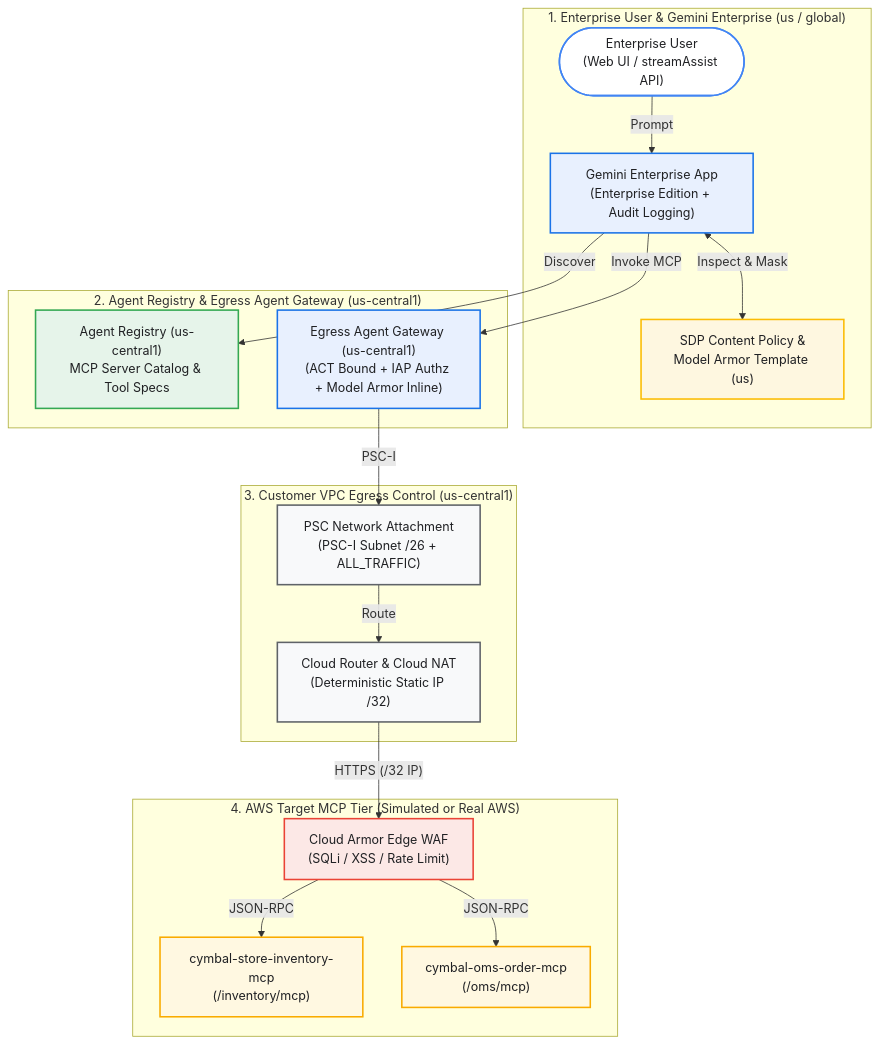
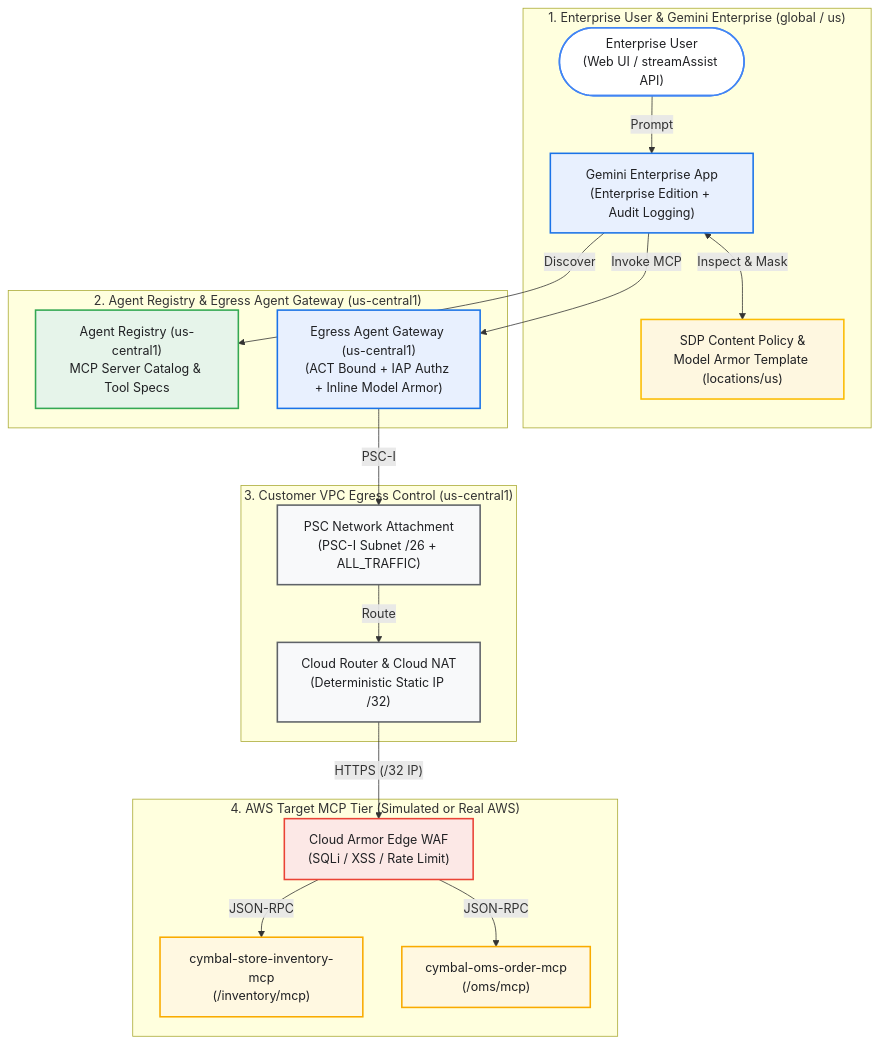
Before and after one commit to rhkim77/ge-agent-gateway-mcp: the diagram in docs/QWIKLABS_HANDS_ON_LAB_GUIDE_KR.md, drawn with Mermaid. The commit also changed other lines of this file and 2 other files, not shown here.

````diff
--- a/docs/QWIKLABS_HANDS_ON_LAB_GUIDE_KR.md
+++ b/docs/QWIKLABS_HANDS_ON_LAB_GUIDE_KR.md
@@ -20,45 +25,45 @@
 ```mermaid
 flowchart TD
-    subgraph UserLayer["1. Enterprise User & Gemini Enterprise (us / global)"]
+    subgraph UserLayer["1. Enterprise User & Gemini Enterprise (global / us)"]
         User(["Enterprise User<br/>(Web UI / streamAssist API)"])
         GE["Gemini Enterprise App<br/>(Enterprise Edition + Audit Logging)"]
-        SDP["SDP Content Policy &<br/>Model Armor Template (us)"]
+        SDP["SDP Content Policy &<br/>Model Armor Template (locations/us)"]
     end
 
     subgraph GovernanceLayer["2. Agent Registry & Egress Agent Gateway (us-central1)"]
         AR["Agent Registry (us-central1)<br/>MCP Server Catalog & Tool Specs"]
-        AGW["Egress Agent Gateway (us-central1)<br/>(ACT Bound + IAP Authz + Model Armor Inline)"]
+        AGW["Egress Agent Gateway (us-central1)<br/>(ACT Bound + IAP Authz + Inline Model Armor)"]
     end
 
     subgraph NetworkLayer["3. Customer VPC Egress Control (us-central1)"]
         PSCI["PSC Network Attachment<br/>(PSC-I Subnet /26 + ALL_TRAFFIC)"]
         NAT["Cloud Router & Cloud NAT<br/>(Deterministic Static IP /32)"]
     end
 
     subgraph TargetLayer["4. AWS Target MCP Tier (Simulated or Real AWS)"]
         CA["Cloud Armor Edge WAF<br/>(SQLi / XSS / Rate Limit)"]
         MCP1["cymbal-store-inventory-mcp<br/>(/inventory/mcp)"]
         MCP2["cymbal-oms-order-mcp<br/>(/oms/mcp)"]
     end
 
     User -->|"Prompt"| GE
     GE <-->|"Inspect & Mask"| SDP
     GE -->|"Discover"| AR
     GE -->|"Invoke MCP"| AGW
     AGW -->|"PSC-I"| PSCI
     PSCI -->|"Route"| NAT
     NAT -->|"HTTPS (/32 IP)"| CA
     CA -->|"JSON-RPC"| MCP1
     CA -->|"JSON-RPC"| MCP2
 
     style User fill:#FFFFFF,stroke:#4285F4,stroke-width:2px,color:#202124
     style GE fill:#E8F0FE,stroke:#1A73E8,stroke-width:2px,color:#202124
     style SDP fill:#FEF7E0,stroke:#FBBC04,stroke-width:2px,color:#202124
     style AR fill:#E6F4EA,stroke:#34A853,stroke-width:2px,color:#202124
     style AGW fill:#E8F0FE,stroke:#1A73E8,stroke-width:2px,color:#202124
     style PSCI fill:#F8F9FA,stroke:#5F6368,stroke-width:2px,color:#202124
     style NAT fill:#F8F9FA,stroke:#5F6368,stroke-width:2px,color:#202124
     style CA fill:#FCE8E6,stroke:#EA4335,stroke-width:2px,color:#202124
     style MCP1 fill:#FFF8E1,stroke:#F9AB00,stroke-width:2px,color:#202124
     style MCP2 fill:#FFF8E1,stroke:#F9AB00,stroke-width:2px,color:#202124
 ```
````
